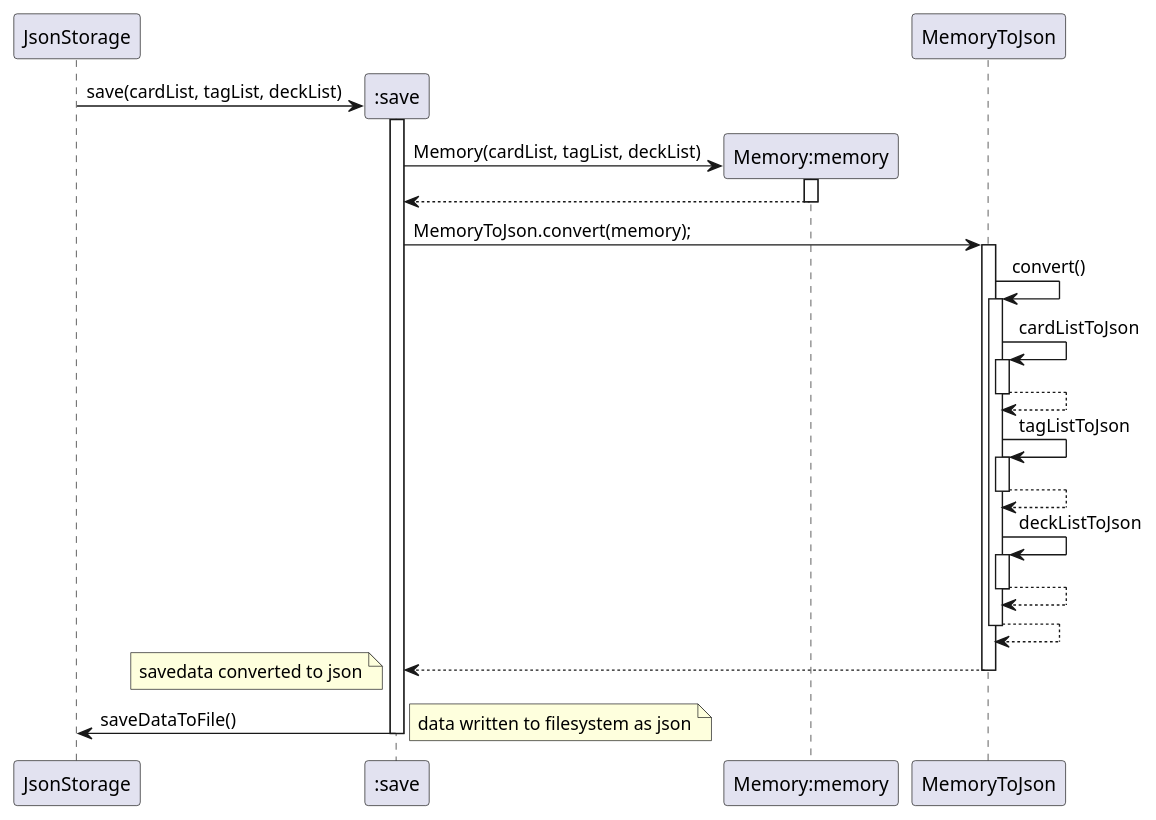
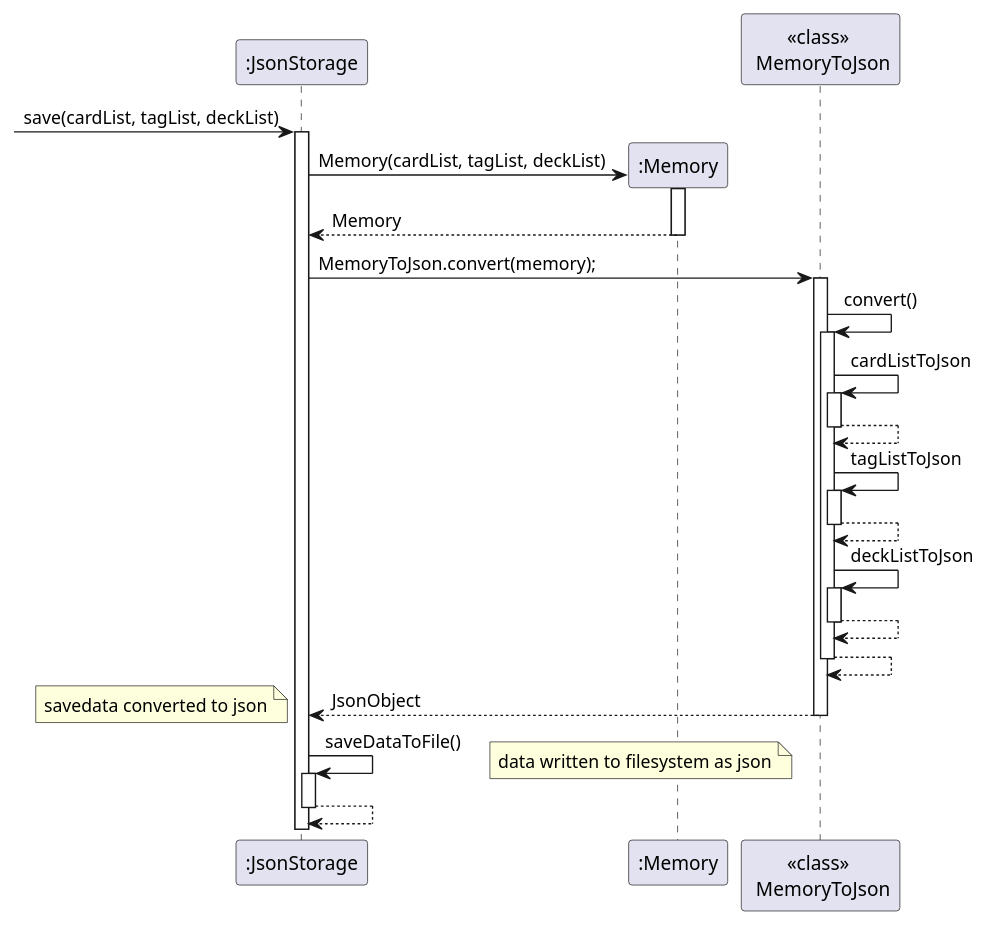
Before and after one commit to nus-cs2113-AY2223S2/tp: the diagram in docs/uml/SaveSequence.puml, drawn with PlantUML. The commit also changed 2 other files, not shown here.

Commit message:
update the sequence diagrams for load and save

```diff
--- a/docs/uml/SaveSequence.puml
+++ b/docs/uml/SaveSequence.puml
@@ -1,52 +1,53 @@
 @startuml
 
-participant "JsonStorage" as JsonStorage
-participant ":save" as save
+participant ":JsonStorage" as JsonStorage
 
-participant "Memory:memory" as memory
-participant "MemoryToJson" as MemoryToJson
+
+participant ":Memory" as memory
+participant "<<class>> \n MemoryToJson" as mtj
 
 
 
 
 
-create save
-JsonStorage -> save : save(cardList, tagList, deckList)
 
-activate save
+-> JsonStorage  : save(cardList, tagList, deckList)
+activate JsonStorage
+
+
 create memory
-save -> memory : Memory(cardList, tagList, deckList)
+JsonStorage -> memory : Memory(cardList, tagList, deckList)
 activate memory
-memory --> save
+memory --> JsonStorage : Memory
 deactivate memory
 
-save -> "MemoryToJson" :MemoryToJson.convert(memory);
-activate "MemoryToJson"
+JsonStorage-> "mtj" :MemoryToJson.convert(memory);
+activate "mtj"
 
 
 
-"MemoryToJson" -> "MemoryToJson" ++ : convert()
+"mtj" -> "mtj" ++ : convert()
 
-"MemoryToJson" -> "MemoryToJson" ++: cardListToJson
+"mtj" -> "mtj" ++: cardListToJson
 
 return
-"MemoryToJson" -> "MemoryToJson" ++: tagListToJson
+"mtj" -> "mtj" ++: tagListToJson
 return
-"MemoryToJson" -> "MemoryToJson" ++: deckListToJson
+"mtj" -> "mtj" ++: deckListToJson
 return
 return
 
 
-"MemoryToJson" --> save
+"mtj" --> JsonStorage : JsonObject
 note left : savedata converted to json
 
-deactivate "MemoryToJson"
+deactivate "mtj"
 
 
 
-save -> JsonStorage : saveDataToFile()
+JsonStorage -> JsonStorage ++: saveDataToFile()
 note right : data written to filesystem as json
+return
 
 
-deactivate save
 @enduml
```
